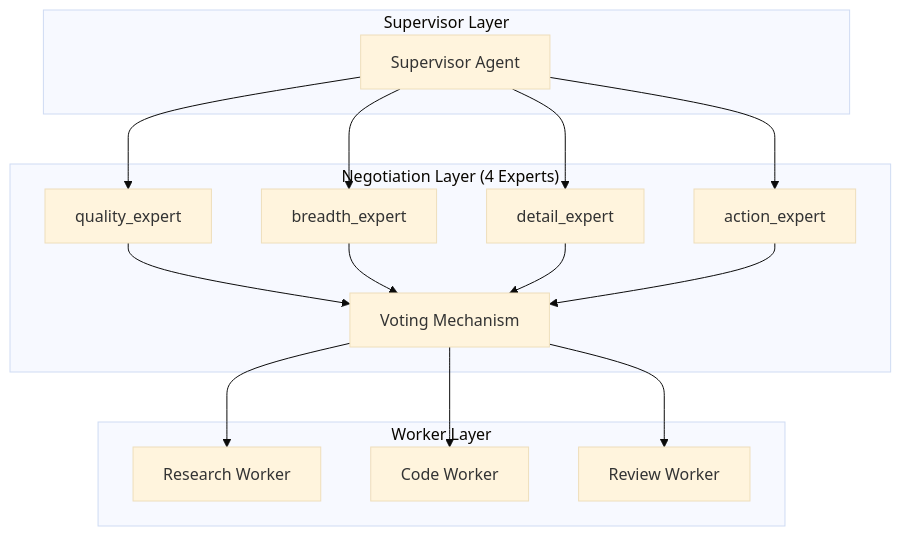
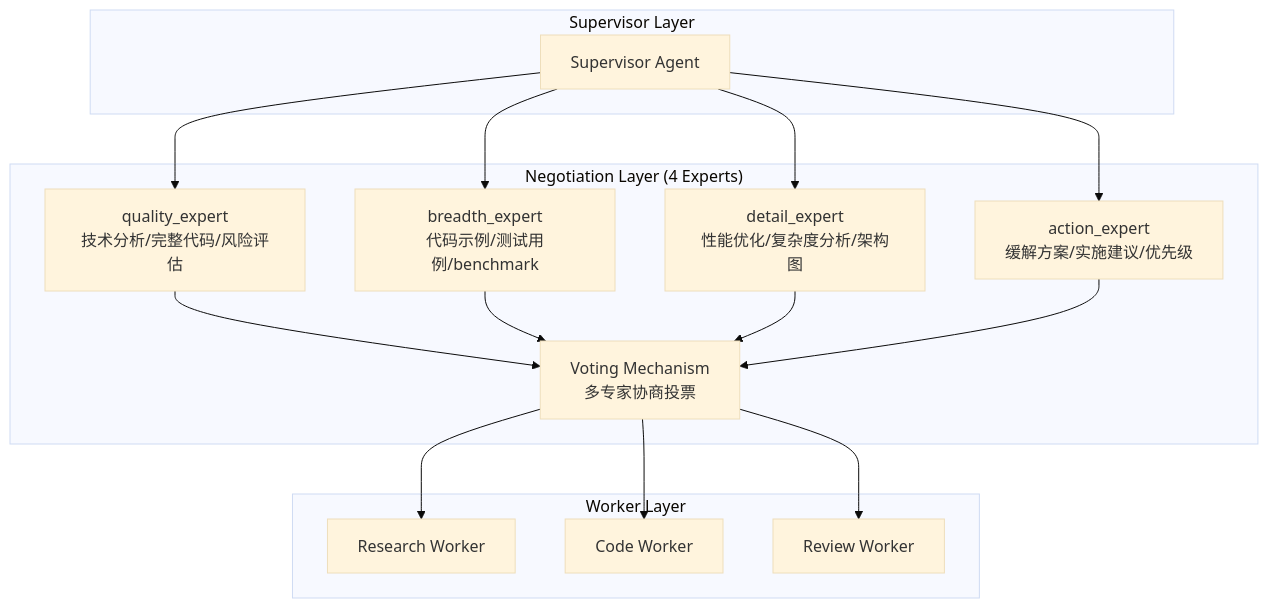
The diagram in README.md (xiangbianpangde/mas-evolution-test), drawn with Mermaid (base theme) before and after one commit. The commit also changed other lines of this file, not shown here.

````diff
--- a/README.md
+++ b/README.md
@@ -16,32 +17,32 @@
 ```mermaid
 graph TB
     subgraph "Supervisor Layer"
         S[Supervisor Agent]
     end
     
     subgraph "Negotiation Layer (4 Experts)"
-        Q1[quality_expert]
-        Q2[breadth_expert]
-        Q3[detail_expert]
-        Q4[action_expert]
-        V[Voting Mechanism]
+        Q1[quality_expert<br/>技术分析/完整代码/风险评估]
+        Q2[breadth_expert<br/>代码示例/测试用例/benchmark]
+        Q3[detail_expert<br/>性能优化/复杂度分析/架构图]
+        Q4[action_expert<br/>缓解方案/实施建议/优先级]
+        V[Voting Mechanism<br/>多专家协商投票]
     end
     
     subgraph "Worker Layer"
         W1[Research Worker]
         W2[Code Worker]
         W3[Review Worker]
     end
     
     S --> Q1
     S --> Q2
     S --> Q3
     S --> Q4
     Q1 --> V
     Q2 --> V
     Q3 --> V
     Q4 --> V
     V --> W1
     V --> W2
     V --> W3
 ```
````
